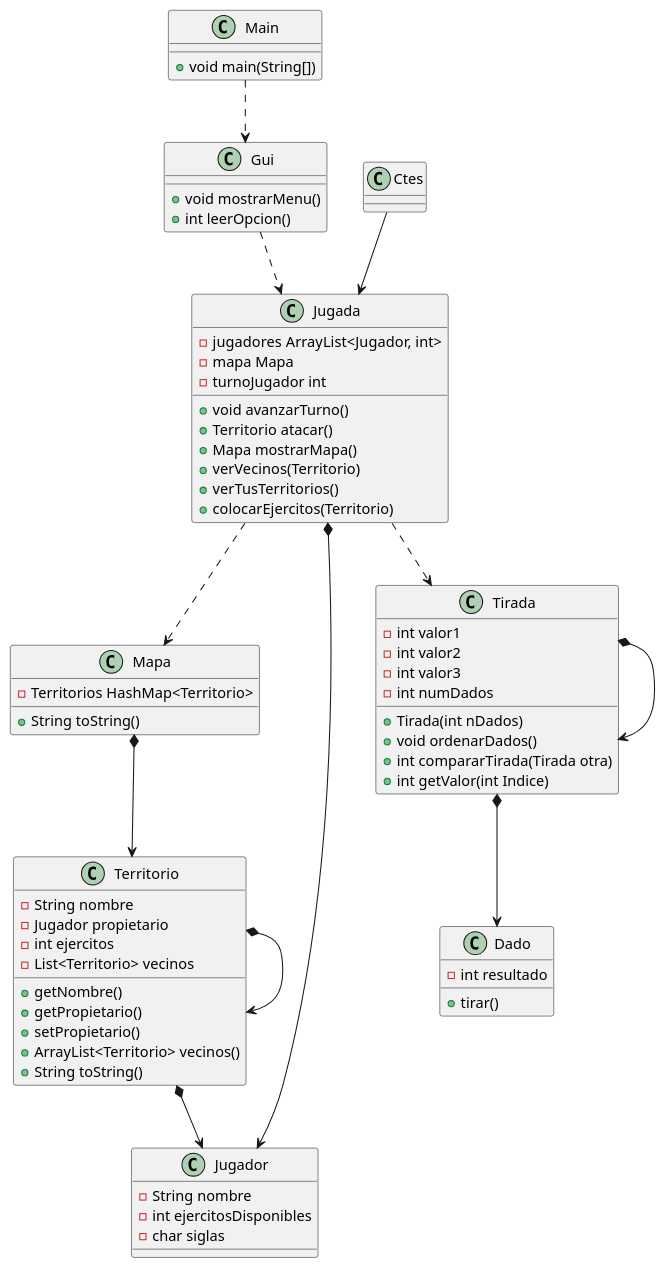
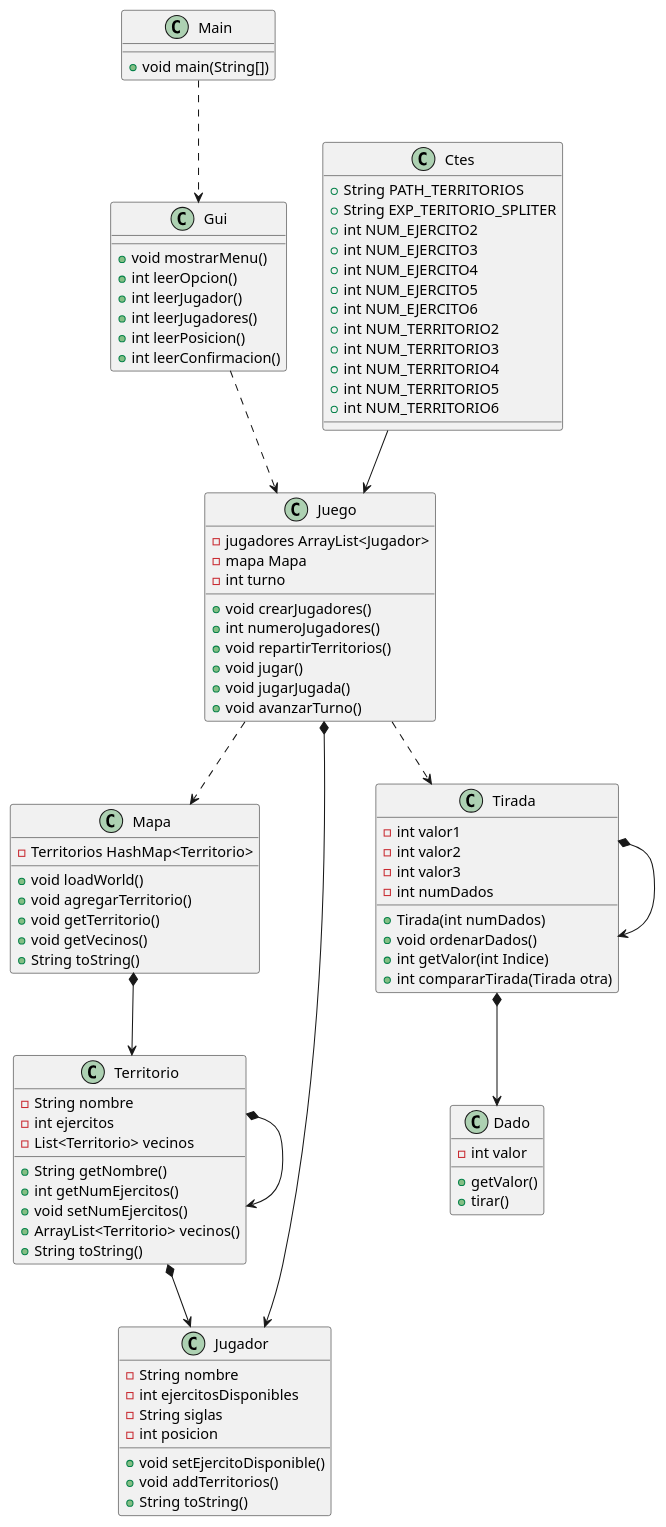
The diagram in doc/UML/diag_clases.puml (hrodriguezp/Imperialist), drawn with PlantUML before and after one commit.

Commit message:
Mejora de diagrama de clase

```diff
--- a/doc/UML/diag_clases.puml
+++ b/doc/UML/diag_clases.puml
@@ -1,90 +1,115 @@
 @startuml
 
 class Main{
 + void main(String[])
 }
 
 class Ctes{
++ String PATH_TERRITORIOS
++ String EXP_TERITORIO_SPLITER
++ int NUM_EJERCITO2
++ int NUM_EJERCITO3
++ int NUM_EJERCITO4
++ int NUM_EJERCITO5
++ int NUM_EJERCITO6
++ int NUM_TERRITORIO2
++ int NUM_TERRITORIO3
++ int NUM_TERRITORIO4
++ int NUM_TERRITORIO5
++ int NUM_TERRITORIO6
 }
 
 class Mapa{
  -Territorios HashMap<Territorio>
+ + void loadWorld()
+ + void agregarTerritorio()
+ + void getTerritorio()
+ + void getVecinos()
  +String toString()
 }
 
 class Territorio{
  - String nombre
- - Jugador propietario
  - int ejercitos
  - List<Territorio> vecinos
- + getNombre()
- + getPropietario()
- + setPropietario()
+ + String getNombre()
+ + int getNumEjercitos()
+ + void setNumEjercitos()
  + ArrayList<Territorio> vecinos()
  + String toString()
 }
 
 class Jugador{
     - String nombre
     - int ejercitosDisponibles
-    - char siglas
+    - String siglas
+    - int posicion
+    + void setEjercitoDisponible()
+    + void addTerritorios()
+    + String toString()
 }
 
-class Jugada{
-    -jugadores ArrayList<Jugador, int>
+class Juego{
+    -jugadores ArrayList<Jugador>
     -mapa Mapa
-    -turnoJugador int
+    -int turno
+    +void crearJugadores()
+    +int numeroJugadores()
+    +void repartirTerritorios()
+    +void jugar()
+    +void jugarJugada()
     +void avanzarTurno()
-    +Territorio atacar()
-    +Mapa mostrarMapa()
-    +verVecinos(Territorio)
-    +verTusTerritorios()
-    +colocarEjercitos(Territorio)
+
 }
 
 class Gui{
     +void mostrarMenu()
     +int leerOpcion()
+    +int leerJugador()
+    +int leerJugadores()
+    +int leerPosicion()
+    +int leerConfirmacion()
 }
 
 class Tirada{
     -int valor1
     -int valor2
     -int valor3
     -int numDados
-    +Tirada(int nDados)
+    +Tirada(int numDados)
     +void ordenarDados()
-    +int compararTirada(Tirada otra)
     +int getValor(int Indice)
+     +int compararTirada(Tirada otra)
 }
 
 class Dado{
-    -int resultado
+    -int valor
+    +getValor()
     +tirar()
 }
 
 Main ..> Gui
 
 Mapa *--> Territorio
 
-Gui ..> Jugada
+Gui ..> Juego
 
-Jugada *--> Jugador
+Juego *--> Jugador
 
 Territorio *--> Territorio
 
 Tirada *--> Tirada
 
 Territorio *--> Jugador
 
-Jugada ..> Tirada
+Juego ..> Tirada
 
 Tirada *--> Dado
 
-Jugada ..> Mapa
+Juego ..> Mapa
 
 
-Ctes --> Jugada
+Ctes --> Juego
 
 
 @enduml
```
